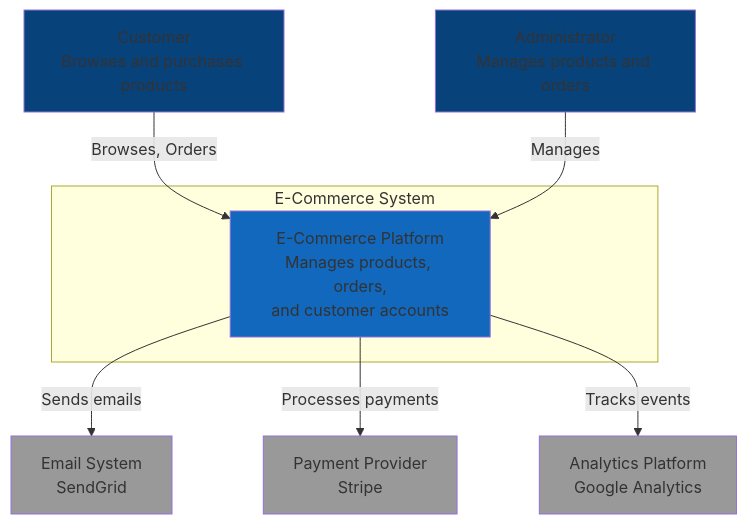
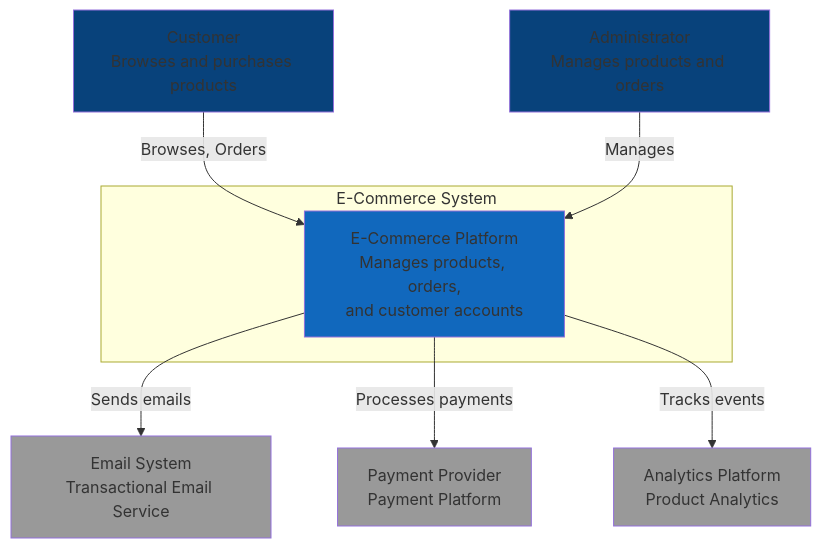
One commit to LuizEduPP/skills changed the diagram in architecture-diagrams/references/c4-context-diagram.md. Above: the diagram before and after it, drawn with Mermaid. The commit also changed 94 other files, not shown here.

````diff
--- a/architecture-diagrams/references/c4-context-diagram.md
+++ b/architecture-diagrams/references/c4-context-diagram.md
@@ -5,26 +5,26 @@
 ```mermaid
 graph TB
     subgraph "E-Commerce System"
         System[E-Commerce Platform<br/>Manages products, orders,<br/>and customer accounts]
     end
 
     Customer[Customer<br/>Browses and purchases products]
     Admin[Administrator<br/>Manages products and orders]
 
-    Email[Email System<br/>SendGrid]
-    Payment[Payment Provider<br/>Stripe]
-    Analytics[Analytics Platform<br/>Google Analytics]
+    Email[Email System<br/>Transactional Email Service]
+    Payment[Payment Provider<br/>Payment Platform]
+    Analytics[Analytics Platform<br/>Product Analytics]
 
     Customer -->|Browses, Orders| System
     Admin -->|Manages| System
     System -->|Sends emails| Email
     System -->|Processes payments| Payment
     System -->|Tracks events| Analytics
 
     style System fill:#1168bd
     style Customer fill:#08427b
     style Admin fill:#08427b
     style Email fill:#999
     style Payment fill:#999
     style Analytics fill:#999
 ```
````
